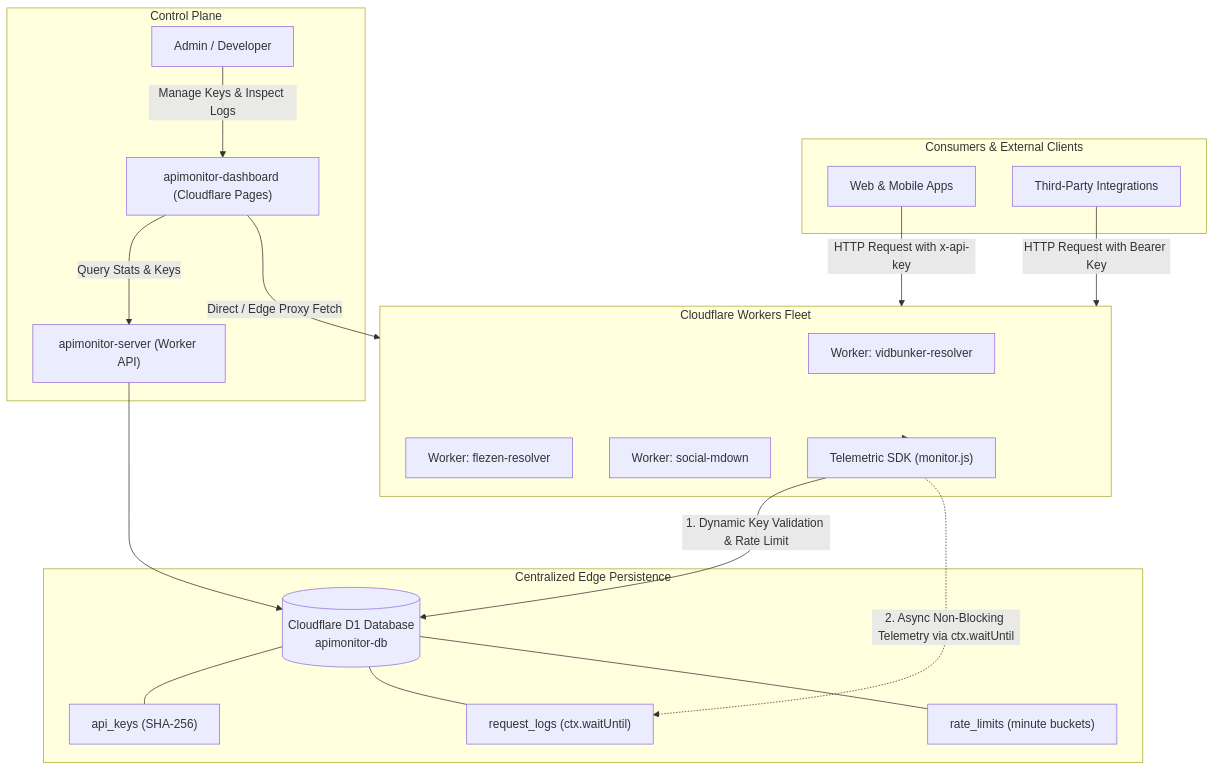
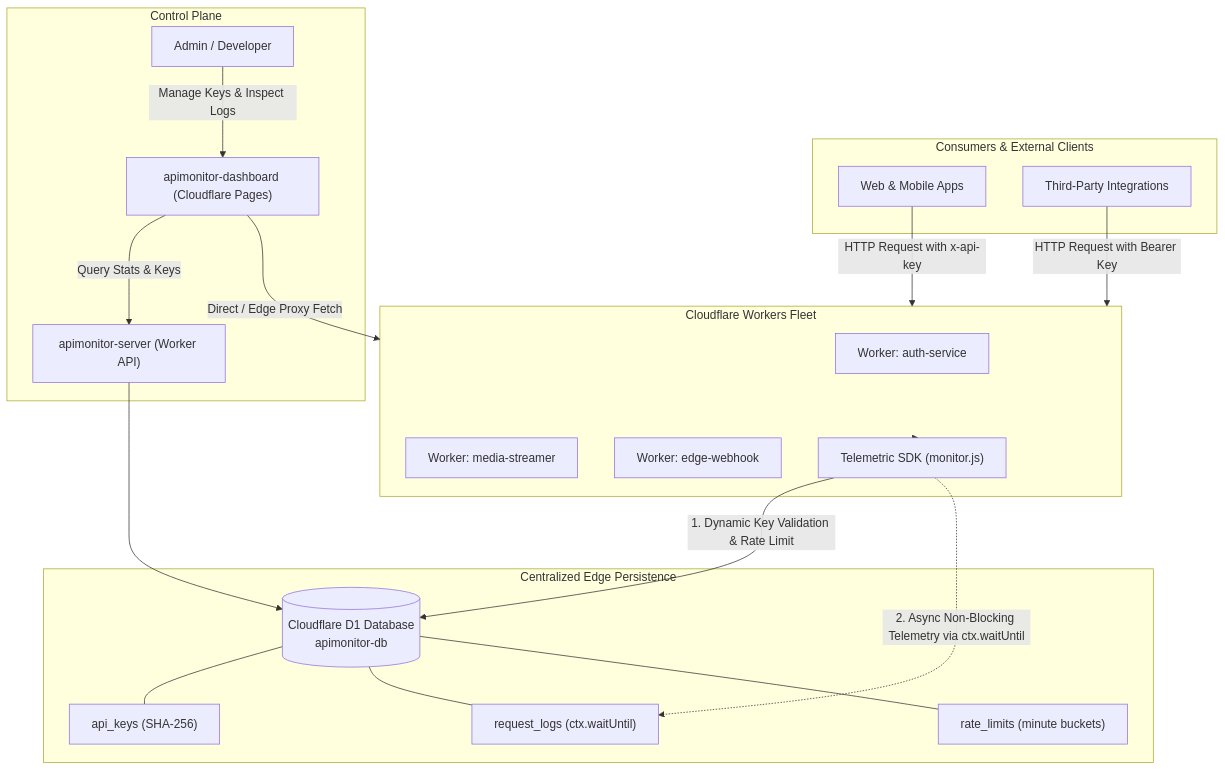
Before and after one commit to saahiyo/Telemetric-apimonitor: the diagram in README.md, drawn with Mermaid. The commit also changed other lines of this file and 4 other files, not shown here.

````diff
--- a/README.md
+++ b/README.md
@@ -19,40 +19,40 @@
 ```mermaid
 flowchart TD
     subgraph Clients["Consumers & External Clients"]
         ClientA["Web & Mobile Apps"]
         ClientB["Third-Party Integrations"]
     end
 
     subgraph EdgeFleet["Cloudflare Workers Fleet"]
-        W1["Worker: vidbunker-resolver"]
-        W2["Worker: flezen-resolver"]
-        W3["Worker: social-mdown"]
+        W1["Worker: auth-service"]
+        W2["Worker: media-streamer"]
+        W3["Worker: edge-webhook"]
         SDK["Telemetric SDK (monitor.js)"]
     end
 
     subgraph CloudflareData["Centralized Edge Persistence"]
         D1[("Cloudflare D1 Database\napimonitor-db")]
         KeysTable["api_keys (SHA-256)"]
         LogsTable["request_logs (ctx.waitUntil)"]
         RateTable["rate_limits (minute buckets)"]
         D1 --- KeysTable
         D1 --- LogsTable
         D1 --- RateTable
     end
 
     subgraph Management["Control Plane"]
         BackendWorker["apimonitor-server (Worker API)"]
         Dashboard["apimonitor-dashboard (Cloudflare Pages)"]
         Admin["Admin / Developer"]
     end
 
     ClientA -->|"HTTP Request with x-api-key"| EdgeFleet
     ClientB -->|"HTTP Request with Bearer Key"| EdgeFleet
     EdgeFleet --> SDK
     SDK -->|"1. Dynamic Key Validation & Rate Limit"| D1
     SDK -.->|"2. Async Non-Blocking Telemetry via ctx.waitUntil"| LogsTable
     Admin -->|"Manage Keys & Inspect Logs"| Dashboard
     Dashboard -->|"Direct / Edge Proxy Fetch"| EdgeFleet
     Dashboard -->|"Query Stats & Keys"| BackendWorker
     BackendWorker --> D1
 ```
````
